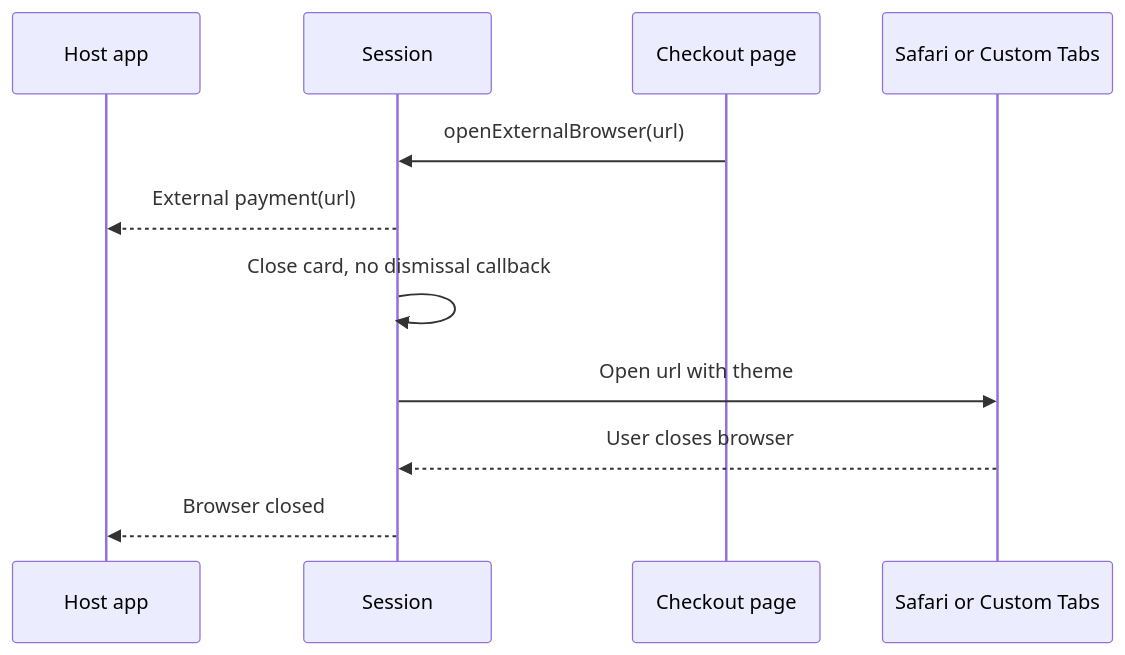
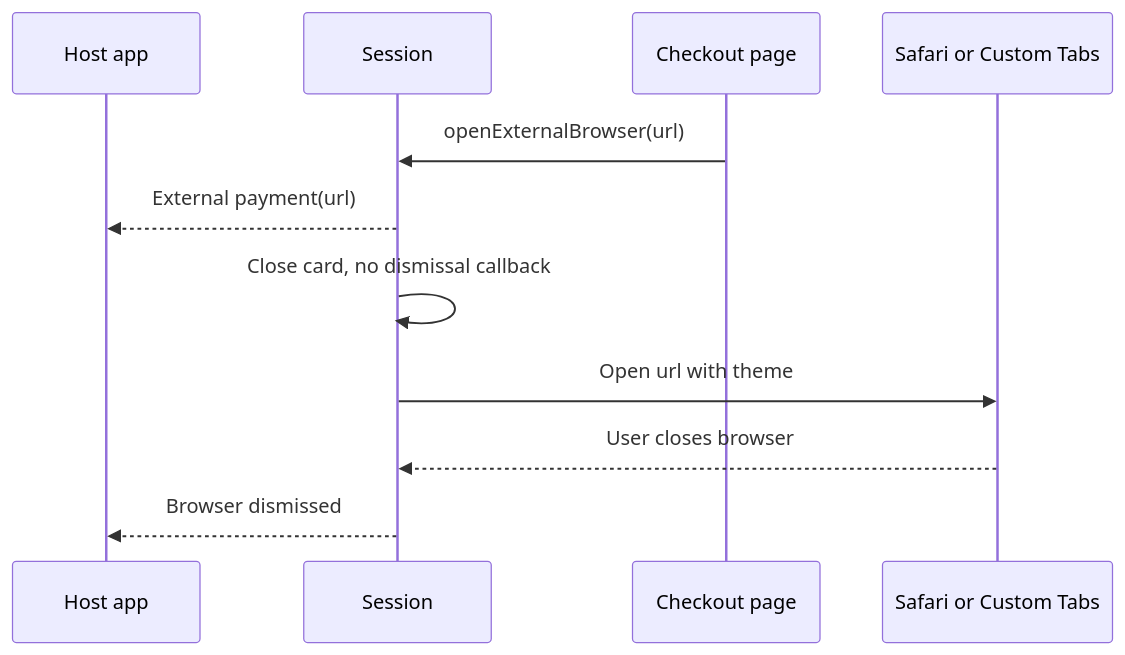
The fourth of 4 diagrams in docs/architecture/index.md (stashgg/stash-native), drawn with Mermaid before and after one commit. The commit also changed other lines of this file and 92 other files, not shown here.

````diff
--- a/docs/architecture/index.md
+++ b/docs/architecture/index.md
@@ -93,14 +93,14 @@
 ```mermaid
 sequenceDiagram
     participant App as Host app
     participant Session
     participant Page as Checkout page
     participant Browser as Safari or Custom Tabs
 
     Page->>Session: openExternalBrowser(url)
     Session-->>App: External payment(url)
     Session->>Session: Close card, no dismissal callback
     Session->>Browser: Open url with theme
     Browser-->>Session: User closes browser
-    Session-->>App: Browser closed
+    Session-->>App: Browser dismissed
 ```
````
